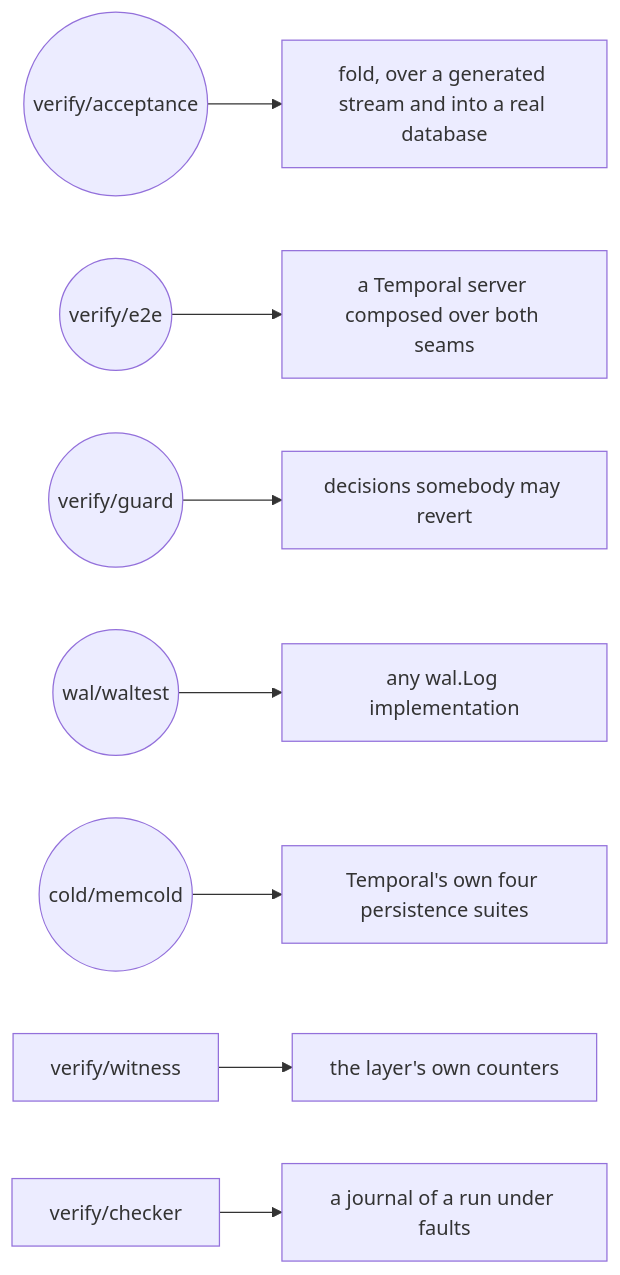
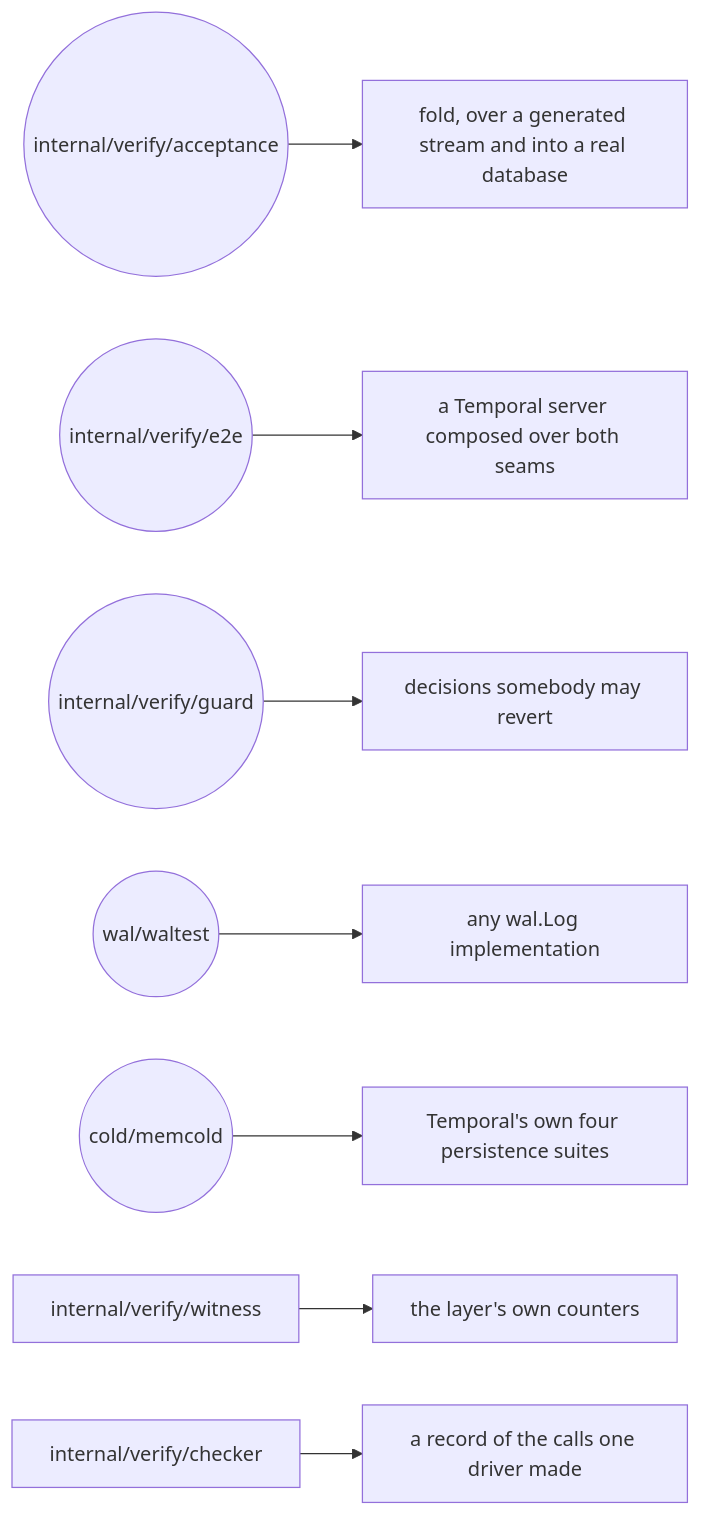
Before and after one commit to aromanovich/waltz: the second of 2 diagrams in docs/handbook/11-verification.md, drawn with Mermaid. The commit also changed other lines of this file and 153 other files, not shown here.

````diff
--- a/docs/handbook/11-verification.md
+++ b/docs/handbook/11-verification.md
@@ -486,10 +478,10 @@
 ```mermaid
 graph LR
-  A(("verify/acceptance")) --> F["fold, over a generated stream and into a real database"]
-  E(("verify/e2e")) --> S["a Temporal server composed over both seams"]
-  G(("verify/guard")) --> D["decisions somebody may revert"]
+  A(("internal/verify/acceptance")) --> F["fold, over a generated stream and into a real database"]
+  E(("internal/verify/e2e")) --> S["a Temporal server composed over both seams"]
+  G(("internal/verify/guard")) --> D["decisions somebody may revert"]
   W(("wal/waltest")) --> L["any wal.Log implementation"]
   MC(("cold/memcold")) --> T["Temporal's own four persistence suites"]
-  WI["verify/witness"] --> C["the layer's own counters"]
-  CH["verify/checker"] --> J["a journal of a run under faults"]
+  WI["internal/verify/witness"] --> C["the layer's own counters"]
+  CH["internal/verify/checker"] --> R["a record of the calls one driver made"]
 ```
````
